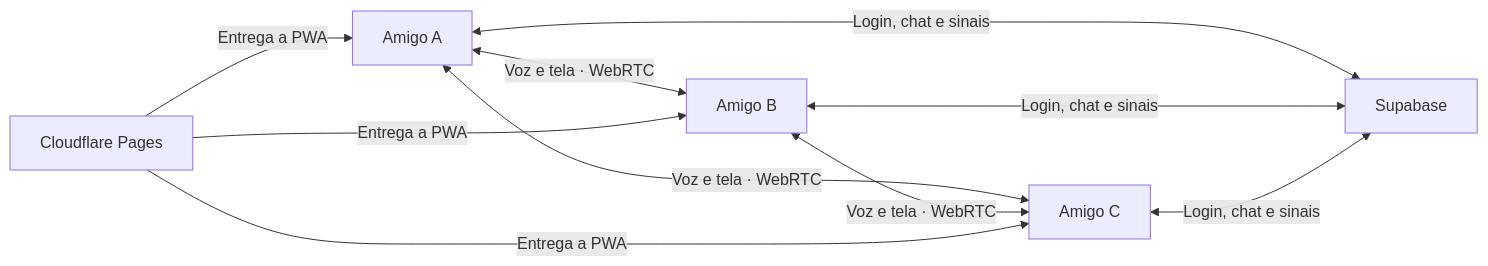
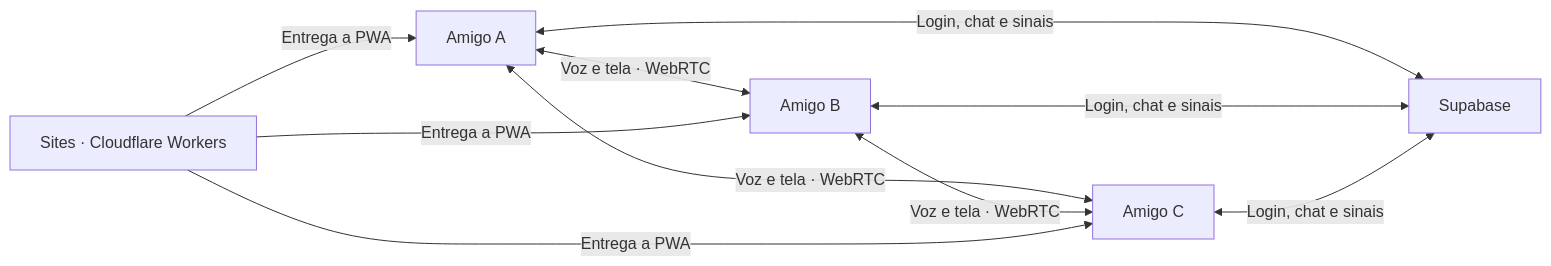
Before and after one commit to Rafael-Tunes-Mathiensen/Covil: the diagram in README.md, drawn with Mermaid. The commit also changed other lines of this file and 18 other files, not shown here.

````diff
--- a/README.md
+++ b/README.md
@@ -61,8 +68,8 @@
 ```mermaid
 flowchart LR
     A["Amigo A"] <-->|"Voz e tela · WebRTC"| B["Amigo B"]
     A <-->|"Voz e tela · WebRTC"| C["Amigo C"]
     B <-->|"Voz e tela · WebRTC"| C
     A & B & C <-->|"Login, chat e sinais"| S["Supabase"]
-    P["Cloudflare Pages"] -->|"Entrega a PWA"| A & B & C
+    P["Sites · Cloudflare Workers"] -->|"Entrega a PWA"| A & B & C
 ```
````
